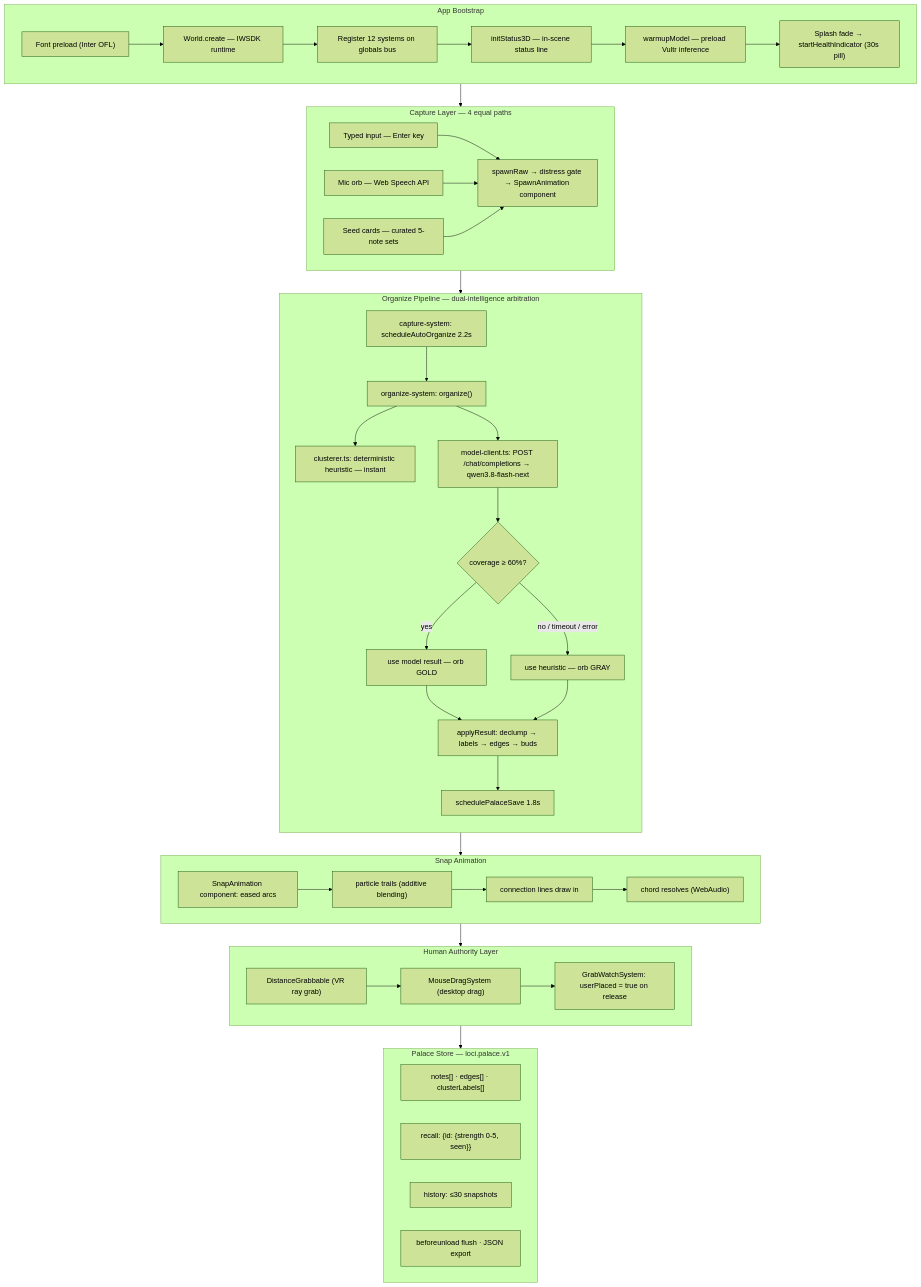
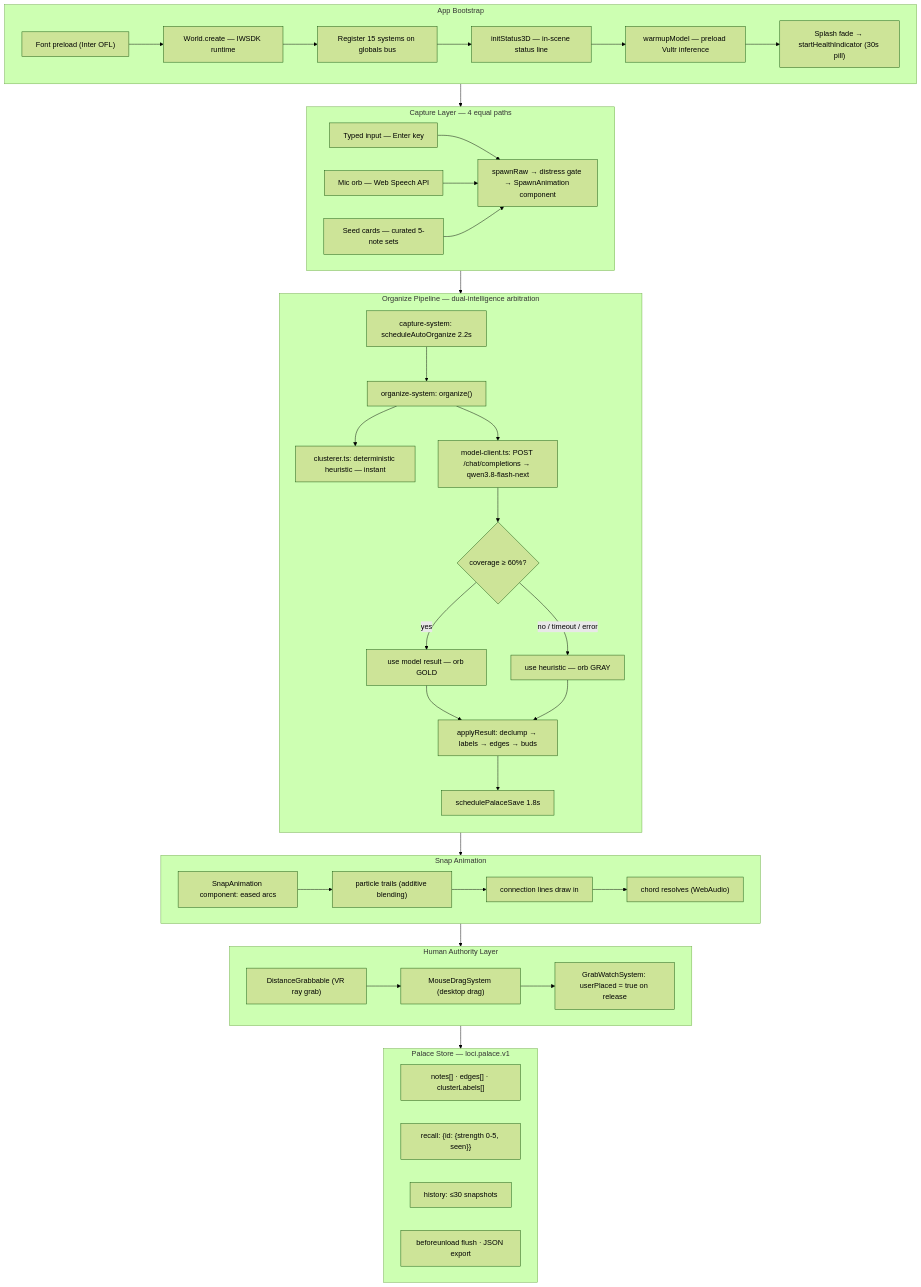
One commit to 0xv3nm09/loci-memory-bank changed the first of 10 diagrams in COMPETITION_STRATEGY.md. Above: the diagram before and after it, drawn with Mermaid (forest theme). The commit also changed other lines of this file and 3 other files, not shown here.

````diff
--- a/COMPETITION_STRATEGY.md
+++ b/COMPETITION_STRATEGY.md
@@ -49,55 +49,55 @@
 ```mermaid
 flowchart TB
   subgraph BOOT["App Bootstrap"]
     B1["Font preload (Inter OFL)"] --> B2["World.create — IWSDK runtime"]
-    B2 --> B3["Register 12 systems on globals bus"]
+    B2 --> B3["Register 15 systems on globals bus"]
     B3 --> B4["initStatus3D — in-scene status line"]
     B4 --> B5["warmupModel — preload Vultr inference"]
     B5 --> B6["Splash fade → startHealthIndicator (30s pill)"]
   end
 
   subgraph CAPTURE["Capture Layer — 4 equal paths"]
     direction LR
     C1["Typed input — Enter key"] --> C4
     C2["Mic orb — Web Speech API"] --> C4
     C3["Seed cards — curated 5-note sets"] --> C4
     C4["spawnRaw → distress gate → SpawnAnimation component"]
   end
 
   subgraph ORGANIZE["Organize Pipeline — dual-intelligence arbitration"]
     direction TB
     D1["capture-system: scheduleAutoOrganize 2.2s"] --> D2["organize-system: organize()"]
     D2 --> D3["clusterer.ts: deterministic heuristic — instant"]
     D2 --> D4["model-client.ts: POST /chat/completions → qwen3.8-flash-next"]
     D4 --> D5{"coverage ≥ 60%?"}
     D5 -- "yes" --> D6["use model result — orb GOLD"]
     D5 -- "no / timeout / error" --> D7["use heuristic — orb GRAY"]
     D6 --> D8["applyResult: declump → labels → edges → buds"]
     D7 --> D8
     D8 --> D9["schedulePalaceSave 1.8s"]
   end
 
   subgraph SNAP["Snap Animation"]
     S1["SnapAnimation component: eased arcs"] --> S2["particle trails (additive blending)"]
     S2 --> S3["connection lines draw in"]
     S3 --> S4["chord resolves (WebAudio)"]
   end
 
   subgraph ARRANGE["Human Authority Layer"]
     A1["DistanceGrabbable (VR ray grab)"] --> A2["MouseDragSystem (desktop drag)"]
     A2 --> A3["GrabWatchSystem: userPlaced = true on release"]
   end
 
   subgraph PERSIST["Palace Store — loci.palace.v1"]
     P1["notes[] · edges[] · clusterLabels[]"]
     P2["recall: {id: {strength 0-5, seen}}"]
     P3["history: ≤30 snapshots"]
     P4["beforeunload flush · JSON export"]
   end
 
   BOOT --> CAPTURE
   CAPTURE --> ORGANIZE
   ORGANIZE --> SNAP
   SNAP --> ARRANGE
   ARRANGE --> PERSIST
 ```
````
